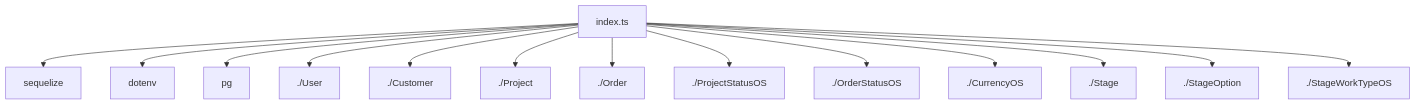
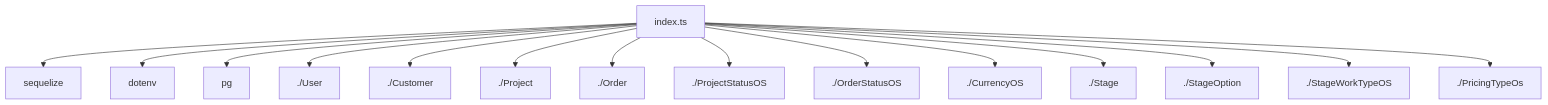
One commit to alcompstudio/studio-current changed the diagram in docs/components/lib/models/index.md. Above: the diagram before and after it, drawn with Mermaid. The commit also changed 279 other files, not shown here.

````diff
--- a/docs/components/lib/models/index.md
+++ b/docs/components/lib/models/index.md
@@ -7,30 +7,32 @@
 ```mermaid
 flowchart TD
     index_ts[index.ts]
     sequelize[sequelize]
     index_ts --> sequelize
     dotenv[dotenv]
     index_ts --> dotenv
     pg[pg]
     index_ts --> pg
     User[./User]
     index_ts --> User
     Customer[./Customer]
     index_ts --> Customer
     Project[./Project]
     index_ts --> Project
     Order[./Order]
     index_ts --> Order
     ProjectStatusOS[./ProjectStatusOS]
     index_ts --> ProjectStatusOS
     OrderStatusOS[./OrderStatusOS]
     index_ts --> OrderStatusOS
     CurrencyOS[./CurrencyOS]
     index_ts --> CurrencyOS
     Stage[./Stage]
     index_ts --> Stage
     StageOption[./StageOption]
     index_ts --> StageOption
     StageWorkTypeOS[./StageWorkTypeOS]
     index_ts --> StageWorkTypeOS
+    PricingTypeOs[./PricingTypeOs]
+    index_ts --> PricingTypeOs
 ```
````
